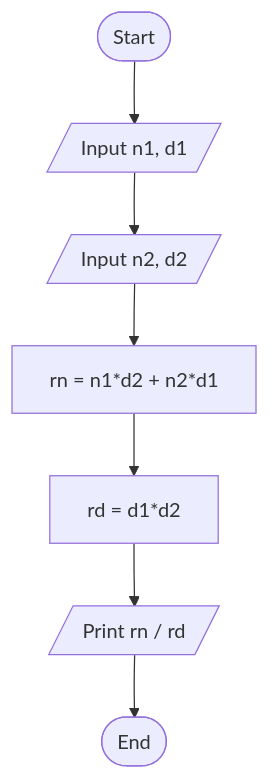
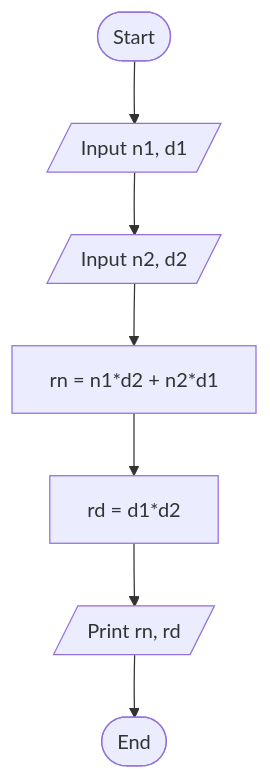
Before and after one commit to Marjuk06/HSC-C-Programing: the second of 41 diagrams in C_Programming_Exam_Answers.md, drawn with Mermaid. The commit also changed other lines of this file, not shown here.

````diff
--- a/C_Programming_Exam_Answers.md
+++ b/C_Programming_Exam_Answers.md
@@ -217,9 +114,9 @@
 ```mermaid
 flowchart TD
     A([Start]) --> B[/"Input n1, d1"/]
     B --> C[/"Input n2, d2"/]
     C --> D["rn = n1*d2 + n2*d1"]
     D --> E["rd = d1*d2"]
-    E --> F[/"Print rn / rd"/]
+    E --> F[/"Print rn, rd"/]
     F --> G([End])
 ```
````
